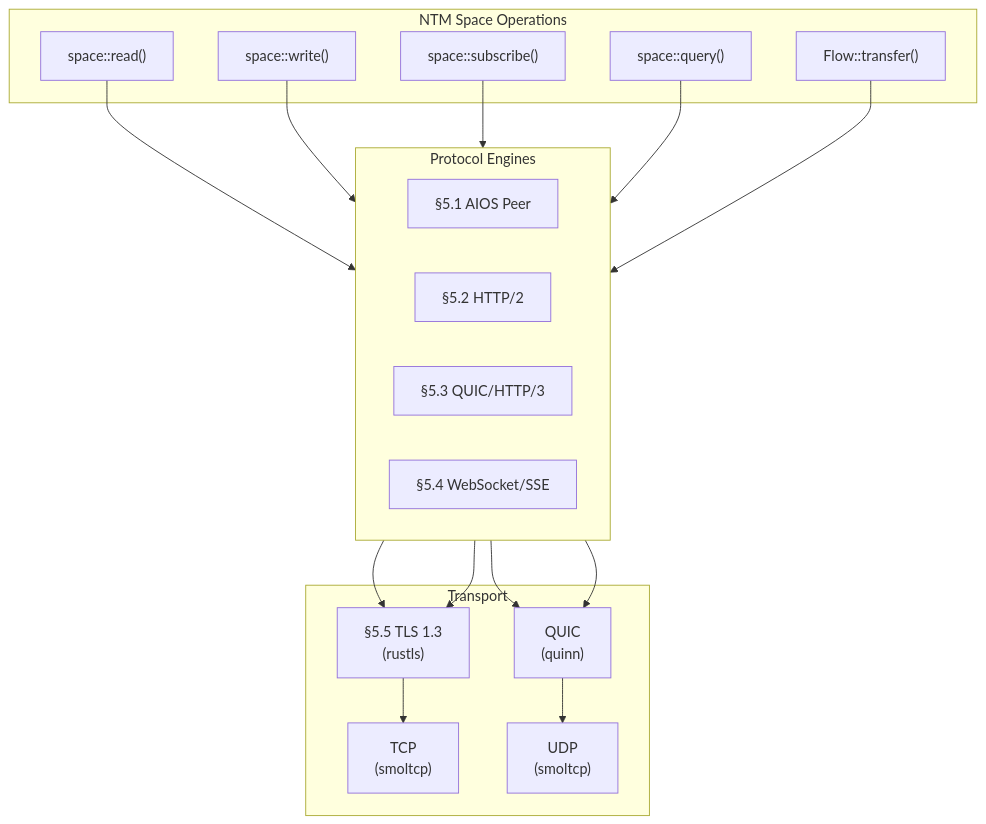
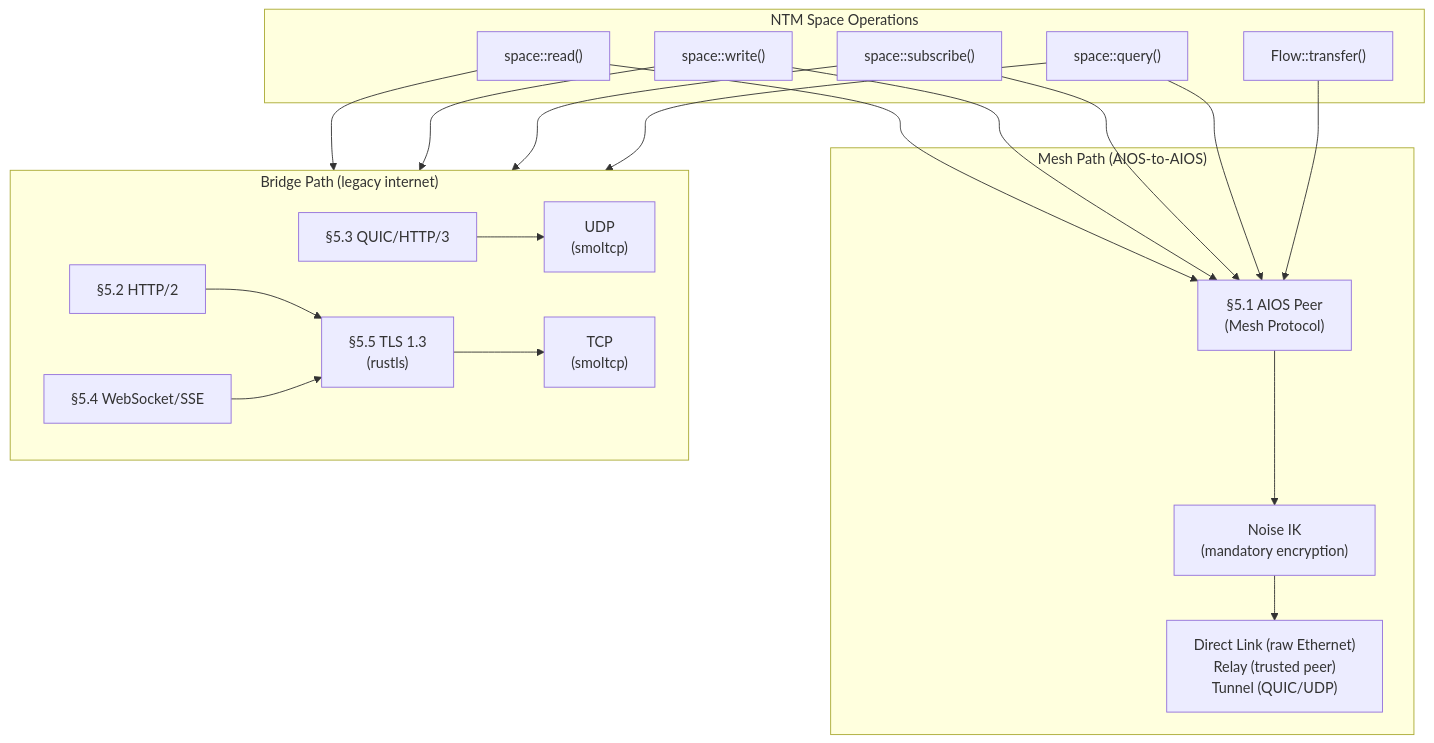
One commit to juslee/aios changed the first of 2 diagrams in docs/platform/networking/protocols.md. Above: the diagram before and after it, drawn with Mermaid. The commit also changed other lines of this file and 25 other files, not shown here.

First line of the commit message:
ANM: AI Network Model architecture — replace OSI with mesh-native networking

````diff
--- a/docs/platform/networking/protocols.md
+++ b/docs/platform/networking/protocols.md
@@ -12,39 +12,45 @@
 ```mermaid
 flowchart TD
     subgraph NTM["NTM Space Operations"]
         Read["space::read()"]
         Write["space::write()"]
         Sub["space::subscribe()"]
         Query["space::query()"]
         Transfer["Flow::transfer()"]
     end
 
-    subgraph Engines["Protocol Engines"]
+    subgraph MeshPath["Mesh Path (AIOS-to-AIOS)"]
+        MP["§5.1 AIOS Peer\n(Mesh Protocol)"]
+        Noise["Noise IK\n(mandatory encryption)"]
+        MeshTransport["Direct Link (raw Ethernet)\nRelay (trusted peer)\nTunnel (QUIC/UDP)"]
+    end
+
+    subgraph BridgePath["Bridge Path (legacy internet)"]
         direction LR
-        PE["§5.1 AIOS Peer"]
         H2["§5.2 HTTP/2"]
         Q["§5.3 QUIC/HTTP/3"]
         WS["§5.4 WebSocket/SSE"]
-    end
-
-    subgraph Transport["Transport"]
-        TLS["§5.5 TLS 1.3\n(rustls)"]
-        QUIC["QUIC\n(quinn)"]
+        TLSLayer["§5.5 TLS 1.3\n(rustls)"]
         TCP["TCP\n(smoltcp)"]
         UDP["UDP\n(smoltcp)"]
     end
 
-    Read --> Engines
-    Write --> Engines
-    Sub --> Engines
-    Query --> Engines
-    Transfer --> Engines
+    Read --> MP
+    Write --> MP
+    Sub --> MP
+    Read --> H2
+    Write --> H2
+    Sub --> WS
+    Query --> MP
+    Query --> H2
+    Transfer --> MP
 
-    PE --> QUIC
-    H2 --> TLS
-    Q --> QUIC
-    WS --> TLS
+    MP --> Noise
+    Noise --> MeshTransport
 
-    TLS --> TCP
-    QUIC --> UDP
+    H2 --> TLSLayer
+    Q --> UDP
+    WS --> TLSLayer
+
+    TLSLayer --> TCP
 ```
````
